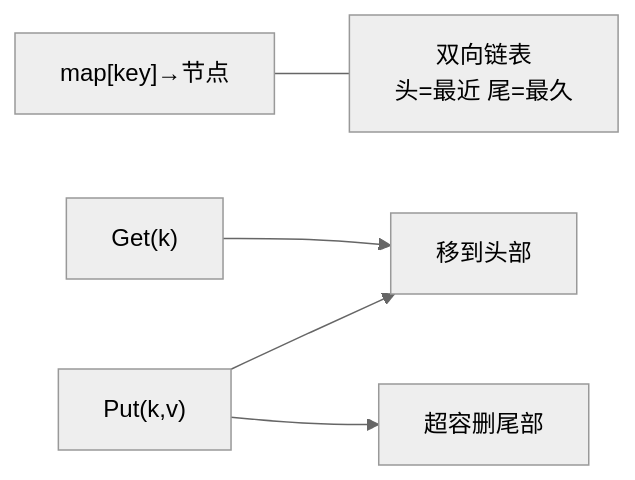
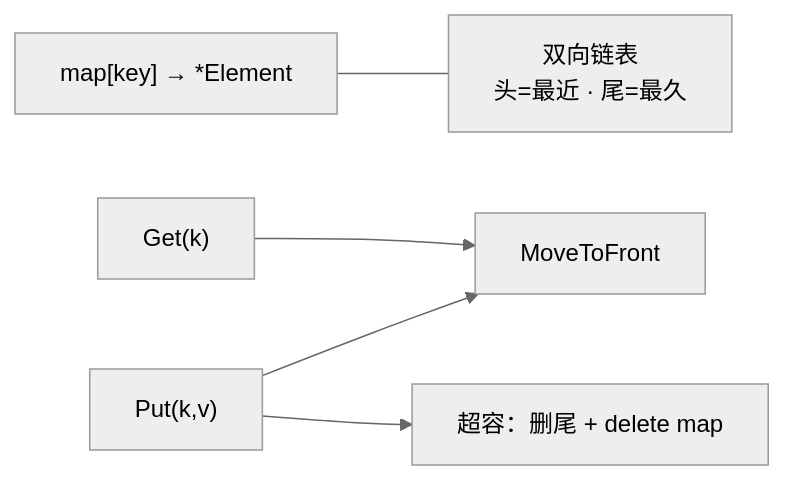
The third of 6 diagrams in 05-开发能力/06-SRE手写题与算法轮/知识点.md (ml-cuizijun/LearnToLilith), drawn with Mermaid (neutral theme) before and after one commit. The commit also changed other lines of this file and 178 other files, not shown here.

````diff
--- a/05-开发能力/06-SRE手写题与算法轮/知识点.md
+++ b/05-开发能力/06-SRE手写题与算法轮/知识点.md
@@ -199,7 +210,7 @@
 ```mermaid
 flowchart LR
-    MAP["map[key]→节点"] --- LIST["双向链表<br/>头=最近 尾=最久"]
-    GET["Get(k)"] --> MOVE["移到头部"]
+    MAP["map[key] → *Element"] --- LIST["双向链表<br/>头=最近 · 尾=最久"]
+    GET["Get(k)"] --> MOVE["MoveToFront"]
     PUT["Put(k,v)"] --> MOVE
-    PUT --> EVICT["超容删尾部"]
+    PUT --> EVICT["超容：删尾 + delete map"]
 ```
````
